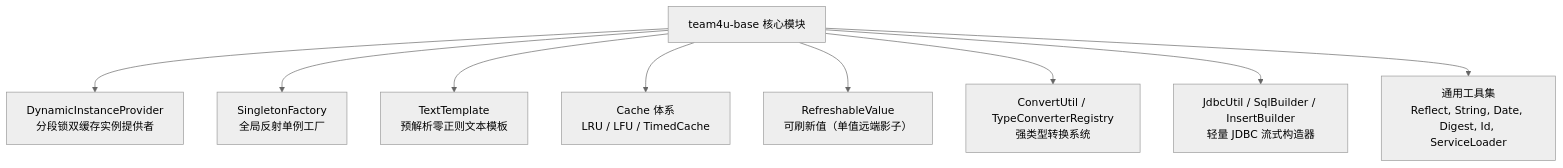
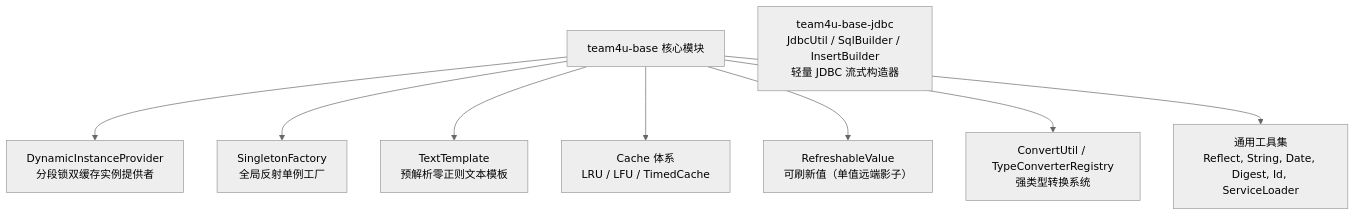
One commit to team4u/team4u-framework changed the diagram in docs/base/README.md. Above: the diagram before and after it, drawn with Mermaid (neutral theme). The commit also changed other lines of this file and 5 other files, not shown here.

````diff
--- a/docs/base/README.md
+++ b/docs/base/README.md
@@ -15,11 +15,11 @@
 ```mermaid
 graph TD
     Base["team4u-base 核心模块"] --> DIP["DynamicInstanceProvider<br/>分段锁双缓存实例提供者"]
     Base --> SF["SingletonFactory<br/>全局反射单例工厂"]
     Base --> TT["TextTemplate<br/>预解析零正则文本模板"]
     Base --> Cache["Cache 体系<br/>LRU / LFU / TimedCache"]
     Base --> RV["RefreshableValue<br/>可刷新值（单值远端影子）"]
     Base --> CU["ConvertUtil / TypeConverterRegistry<br/>强类型转换系统"]
-    Base --> JDBC["JdbcUtil / SqlBuilder / InsertBuilder<br/>轻量 JDBC 流式构造器"]
+    BaseJdbc["team4u-base-jdbc<br/>JdbcUtil / SqlBuilder / InsertBuilder<br/>轻量 JDBC 流式构造器"]
     Base --> Util["通用工具集<br/>Reflect, String, Date, Digest, Id, ServiceLoader"]
 ```
````
